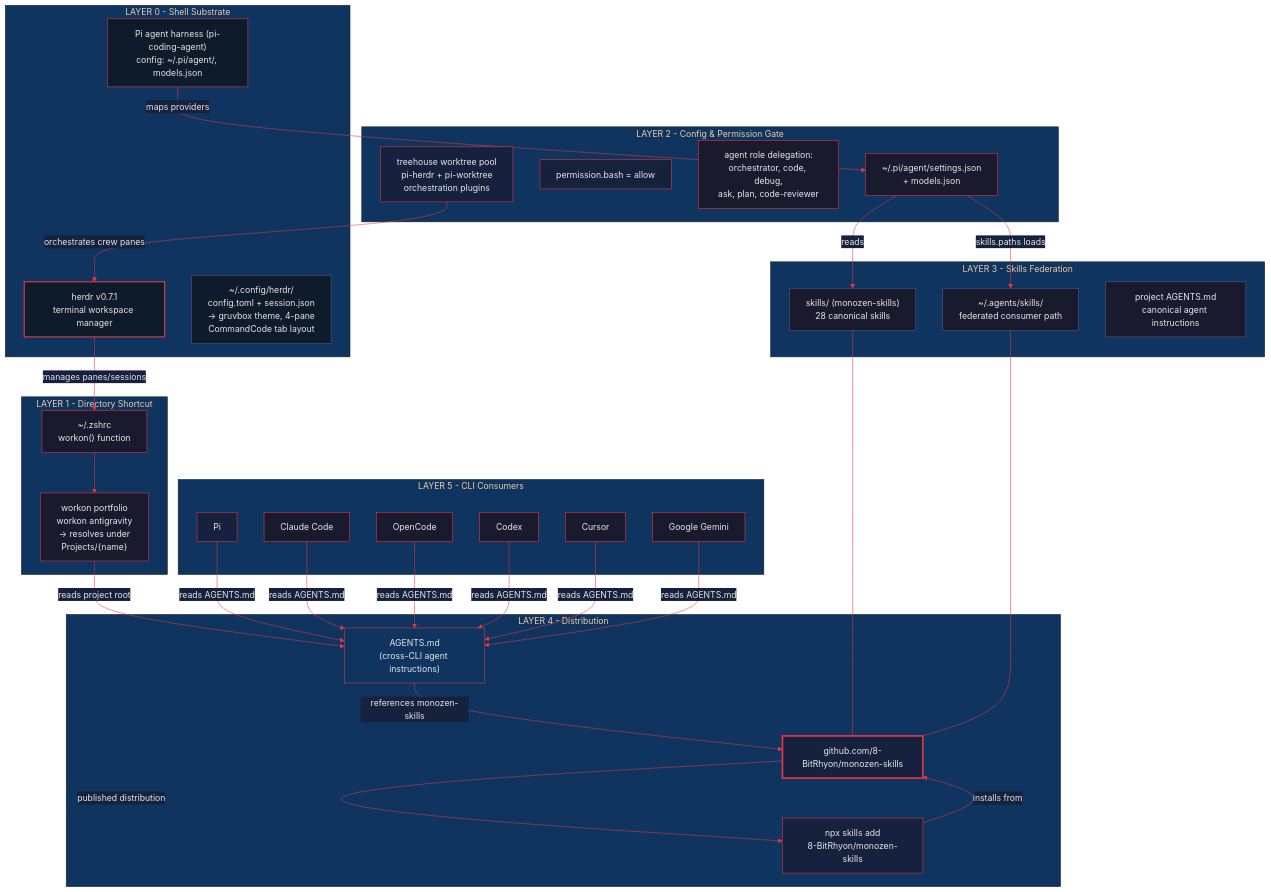
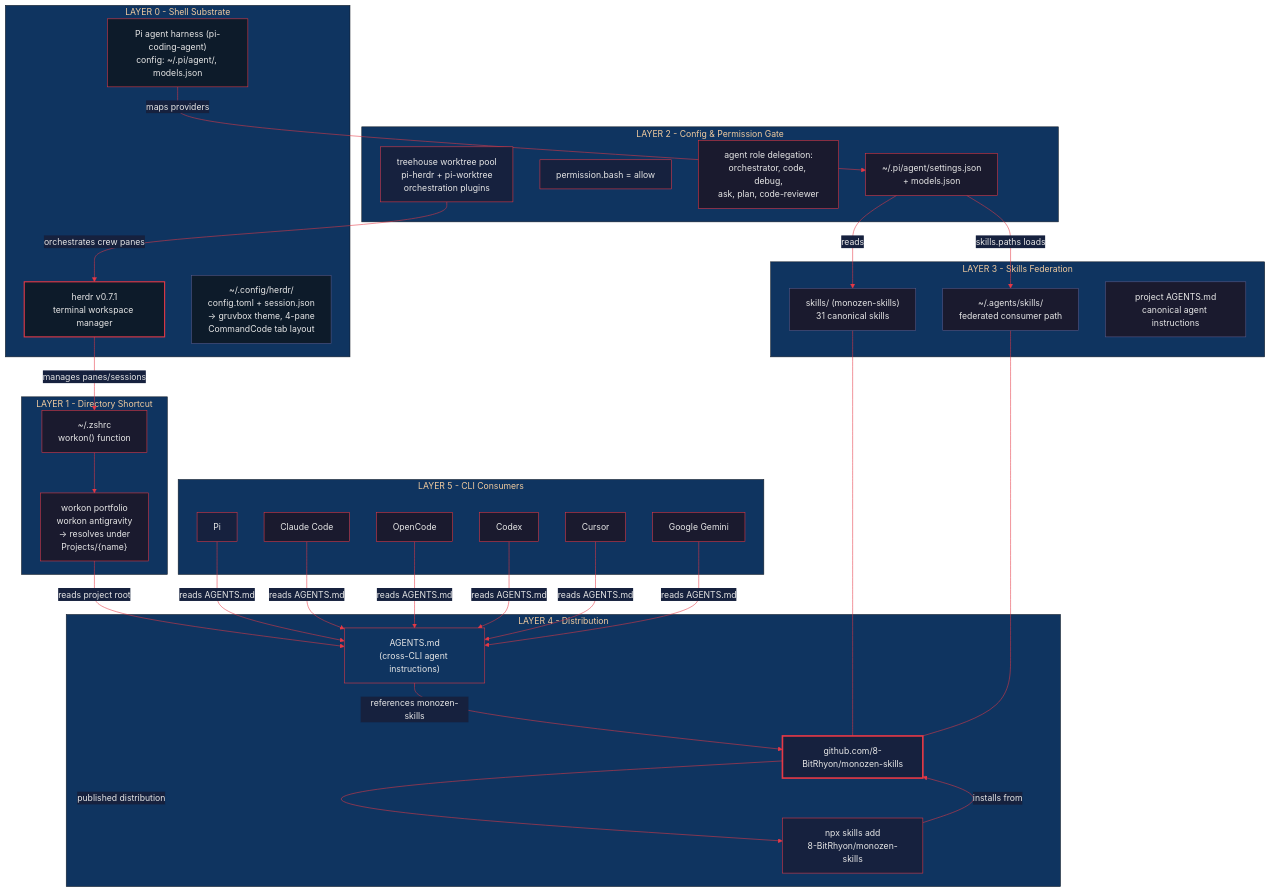
Before and after one commit to 8-BitRhyon/monozen-skills: the diagram in assets/monozen-skills-arch.mmd, drawn with Mermaid. The commit also changed 24 other files, not shown here.

```diff
--- a/assets/monozen-skills-arch.mmd
+++ b/assets/monozen-skills-arch.mmd
@@ -1,75 +1,75 @@
 %%{init: {'theme': 'base', 'themeVariables': {'primaryColor': '#1a1a2e', 'primaryTextColor': '#e6e6e6', 'primaryBorderColor': '#e63946', 'lineColor': '#e63946', 'secondaryColor': '#16213e', 'tertiaryColor': '#0f3460'}}}%%
 
 flowchart TB
     subgraph Layer0["LAYER 0 - Shell Substrate"]
         HR["herdr v0.7.1<br/>terminal workspace manager"]
         PIF["Pi agent harness (pi-coding-agent)<br/>config: ~/.pi/agent/, models.json"]
         HRCFG["~/.config/herdr/<br/>config.toml + session.json<br/>-> gruvbox theme, 4-pane<br/>  CommandCode tab layout"]
     end
 
     subgraph Layer1["LAYER 1 - Directory Shortcut"]
         ZS["~/.zshrc<br/>workon() function"]
         WU["workon portfolio<br/>workon antigravity<br/>-> resolves under<br/>Projects/{name}"]
     end
 
     subgraph Layer2["LAYER 2 - Config & Permission Gate"]
         KC["~/.pi/agent/settings.json<br/>+ models.json"]
         PERM["permission.bash = allow"]
         AGD["agent role delegation:<br/>orchestrator, code, debug,<br/>ask, plan, code-reviewer"]
         IDX["treehouse worktree pool<br/>pi-herdr + pi-worktree<br/>orchestration plugins"]
     end
 
     subgraph Layer3["LAYER 3 - Skills Federation"]
-        FS1["skills/ (monozen-skills)<br/>28 canonical skills"]
+        FS1["skills/ (monozen-skills)<br/>31 canonical skills"]
         FS2["~/.agents/skills/<br/>federated consumer path"]
         FS3["project AGENTS.md<br/>canonical agent instructions"]
     end
 
     subgraph Layer4["LAYER 4 - Distribution"]
         MS["github.com/8-BitRhyon/monozen-skills"]
         NPX["npx skills add<br/>8-BitRhyon/monozen-skills"]
         AG["AGENTS.md<br/>(cross-CLI agent instructions)"]
     end
 
     subgraph Layer5["LAYER 5 - CLI Consumers"]
         PI["Pi"]
         CC["Claude Code"]
         OC["OpenCode"]
         CX["Codex"]
         CU["Cursor"]
         GK["Google Gemini"]
     end
 
     HR -->|manages panes/sessions| ZS
     ZS --> WU
     WU -->|reads project root| AG
     AG -->|references monozen-skills| MS
     PIF -->|maps providers| KC
     KC -->|skills.paths loads| FS2
     KC -->|reads| FS1
     IDX -->|orchestrates crew panes| HR
     NPX -->|installs from| MS
     MS -->|published distribution| NPX
     FS1 --- MS
     FS2 --- MS
     PI -->|reads AGENTS.md| AG
     CC -->|reads AGENTS.md| AG
     OC -->|reads AGENTS.md| AG
     CX -->|reads AGENTS.md| AG
     CU -->|reads AGENTS.md| AG
     GK -->|reads AGENTS.md| AG
 
     style HR fill:#0d1b2a,stroke:#e63946,color:#e6e6e6,stroke-width:2px
     style PIF fill:#0d1b2a,stroke:#e63946,color:#e6e6e6
     style HRCFG fill:#0d1b2a,stroke:#5a5a8a,color:#e6e6e6
     style ZS fill:#1a1a2e,stroke:#e63946,color:#e6e6e6
     style KC fill:#1a1a2e,stroke:#e63946,color:#e6e6e6
     style MS fill:#16213e,stroke:#e63946,color:#e6e6e6,stroke-width:3px
     style AG fill:#0f3460,stroke:#e63946,color:#e6e6e6
     style NPX fill:#16213e,stroke:#e63946,color:#e6e6e6
     style FS1 fill:#1a1a2e,stroke:#5a5a8a,color:#e6e6e6
     style FS2 fill:#1a1a2e,stroke:#5a5a8a,color:#e6e6e6
     style FS3 fill:#1a1a2e,stroke:#5a5a8a,color:#e6e6e6
     style PI fill:#16213e,stroke:#e63946,color:#e6e6e6
     style PERM fill:#16213e,stroke:#e63946,color:#e6e6e6
     style IDX fill:#16213e,stroke:#e63946,color:#e6e6e6
```
